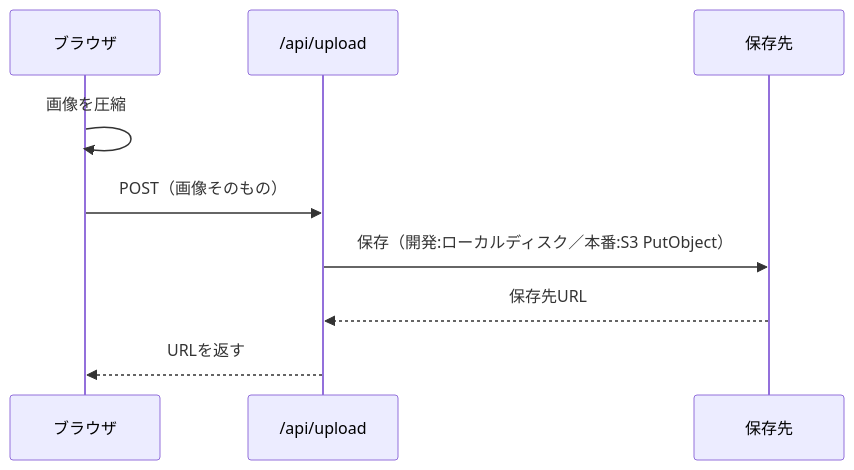
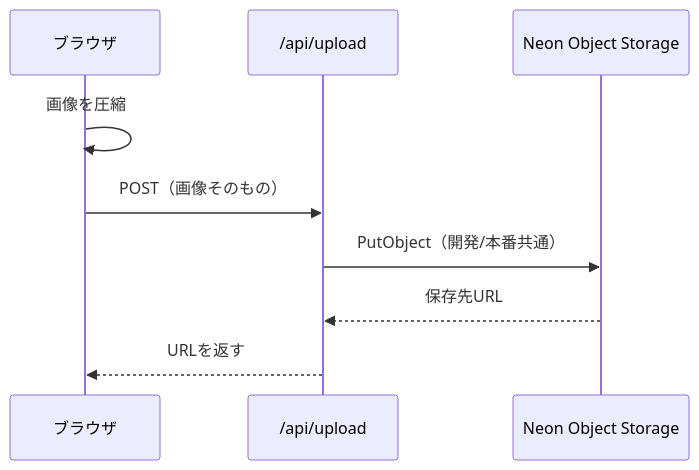
Before and after one commit to saitama-Agile2026/team-a: the second of 3 diagrams in documents/02_tech_spec.md, drawn with Mermaid. The commit also changed other lines of this file and 6 other files, not shown here.

````diff
--- a/documents/02_tech_spec.md
+++ b/documents/02_tech_spec.md
@@ -76,12 +77,12 @@
 ```mermaid
 sequenceDiagram
     participant B as ブラウザ
     participant API as /api/upload
-    participant Store as 保存先
+    participant Store as Neon Object Storage
 
     B->>B: 画像を圧縮
     B->>API: POST（画像そのもの）
-    API->>Store: 保存（開発:ローカルディスク／本番:S3 PutObject）
+    API->>Store: PutObject（開発/本番共通）
     Store-->>API: 保存先URL
     API-->>B: URLを返す
 ```
````
